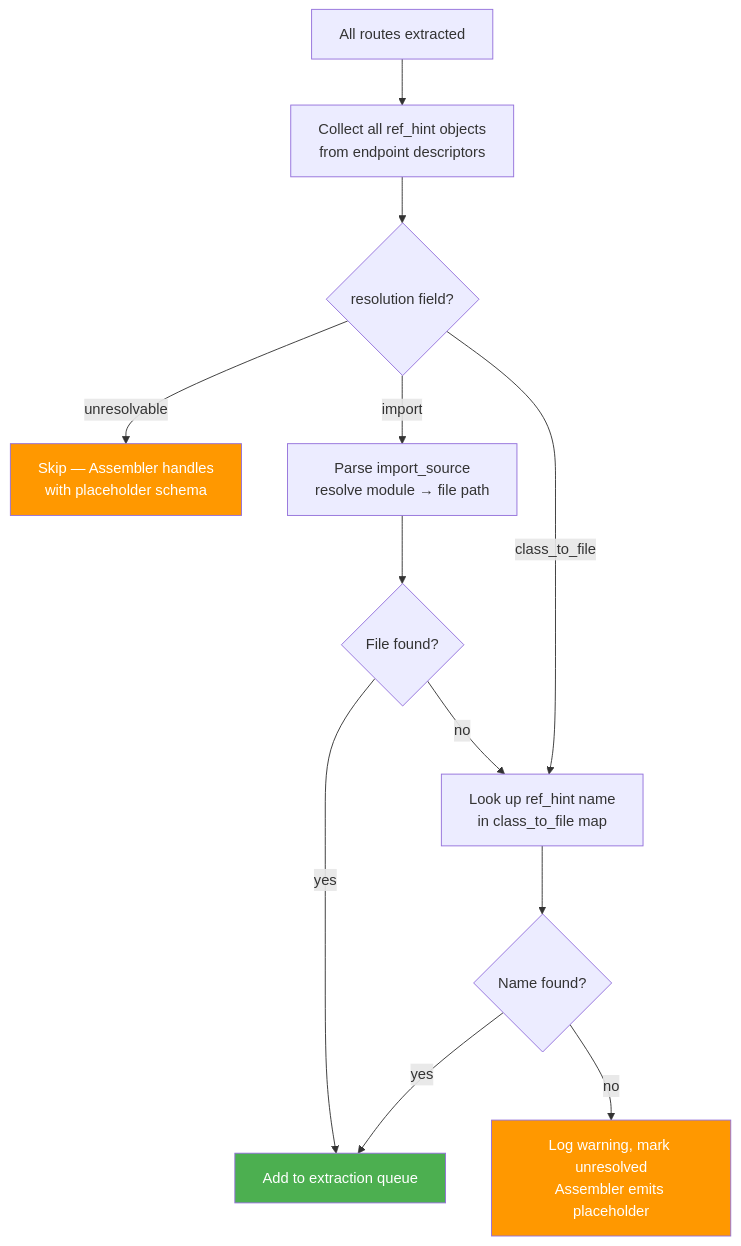
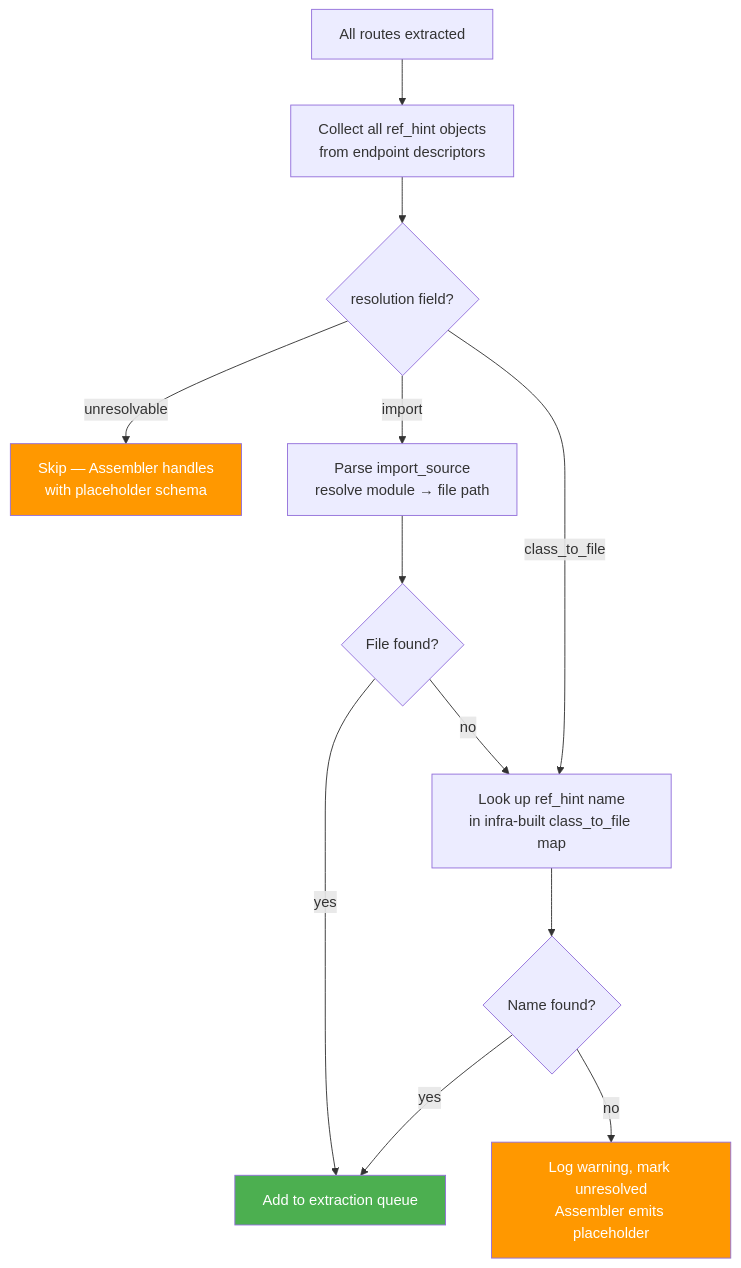
Diagram 13 of 14 in agents.md (cheroto/swagger-agent), drawn with Mermaid before and after one commit. The commit also changed other lines of this file and 6 other files, not shown here.

````diff
--- a/agents.md
+++ b/agents.md
@@ -830,21 +744,21 @@
 ```mermaid
 flowchart TD
     A[All routes extracted] --> B[Collect all ref_hint objects<br/>from endpoint descriptors]
     B --> C{resolution field?}
 
     C -->|"unresolvable"| D[Skip — Assembler handles<br/>with placeholder schema]
     C -->|"import"| E[Parse import_source<br/>resolve module → file path]
-    C -->|"class_to_file"| F[Look up ref_hint name<br/>in class_to_file map]
+    C -->|"class_to_file"| F[Look up ref_hint name<br/>in infra-built class_to_file map]
 
     E --> G{File found?}
     G -->|yes| H[Add to extraction queue]
     G -->|no| F
 
     F --> I{Name found?}
     I -->|yes| H
     I -->|no| J[Log warning, mark unresolved<br/>Assembler emits placeholder]
 
     style D fill:#ff9800,color:#fff
     style J fill:#ff9800,color:#fff
     style H fill:#4caf50,color:#fff
 ```
````
